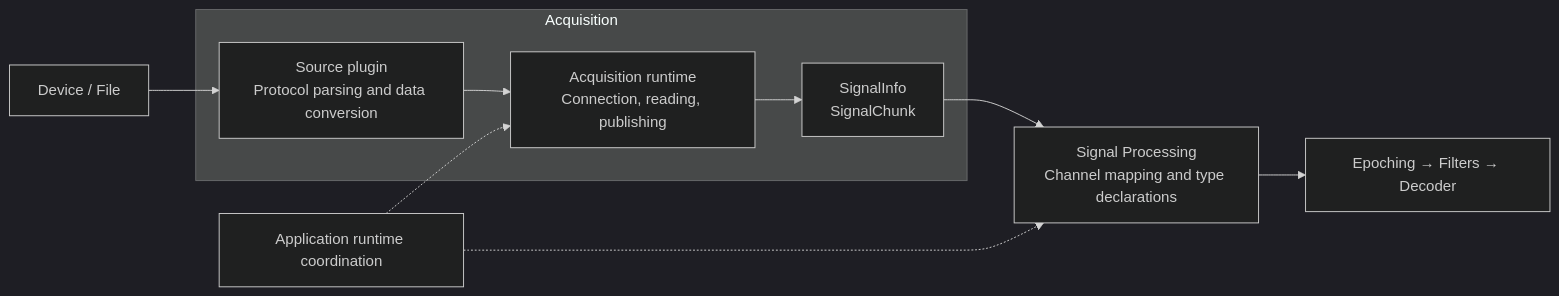
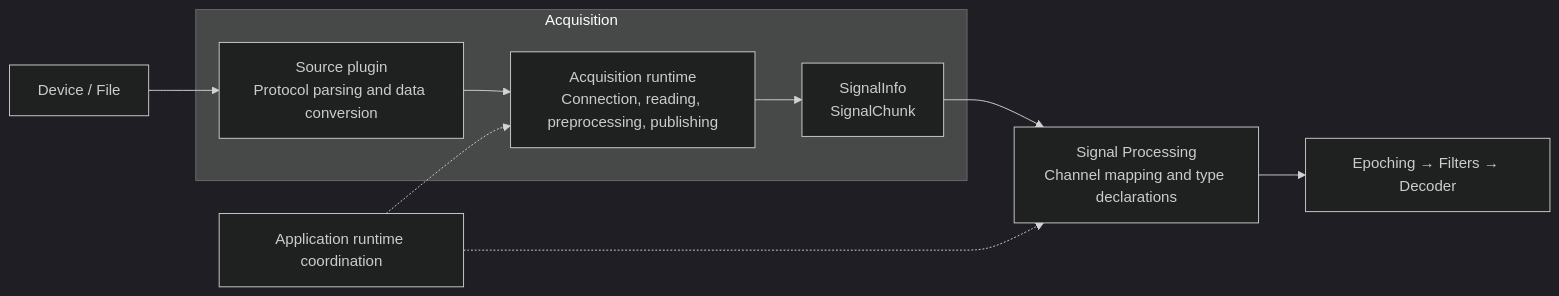
The diagram in docs/channel-mapping.md (lincker/OmniBCI), drawn with Mermaid (dark theme) before and after one commit. The commit also changed other lines of this file and 20 other files, not shown here.

Commit message:
feat(acquisition): normalize held triggers and expose preprocessing logs

````diff
--- a/docs/channel-mapping.md
+++ b/docs/channel-mapping.md
@@ -16,12 +16,12 @@
 ```mermaid
 flowchart LR
     S["Device / File"] --> P
     subgraph A["Acquisition"]
-        P["Source plugin<br/>Protocol parsing and data conversion"] --> R["Acquisition runtime<br/>Connection, reading, publishing"]
+        P["Source plugin<br/>Protocol parsing and data conversion"] --> R["Acquisition runtime<br/>Connection, reading, preprocessing, publishing"]
         R --> O["SignalInfo<br/>SignalChunk"]
     end
     O --> M["Signal Processing<br/>Channel mapping and type declarations"]
     M --> E["Epoching → Filters → Decoder"]
     C["Application runtime coordination"] -.-> R
     C -.-> M
 ```
````
